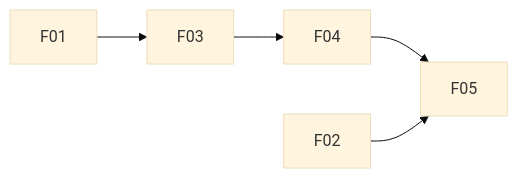
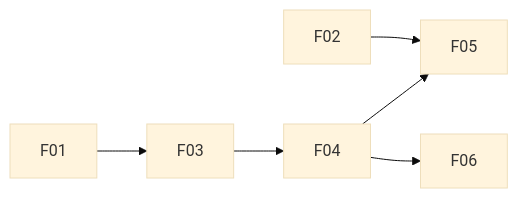
One commit to ZJUCao/troy-mode-trial changed the diagram in docs/requirements.md. Above: the diagram before and after it, drawn with Mermaid (base theme). The commit also changed other lines of this file and 2 other files, not shown here.

````diff
--- a/docs/requirements.md
+++ b/docs/requirements.md
@@ -67,7 +72,8 @@
 ```mermaid
 flowchart LR
   F01 --> F03
   F03 --> F04
   F04 --> F05
   F02 --> F05
+  F04 --> F06
 ```
````
